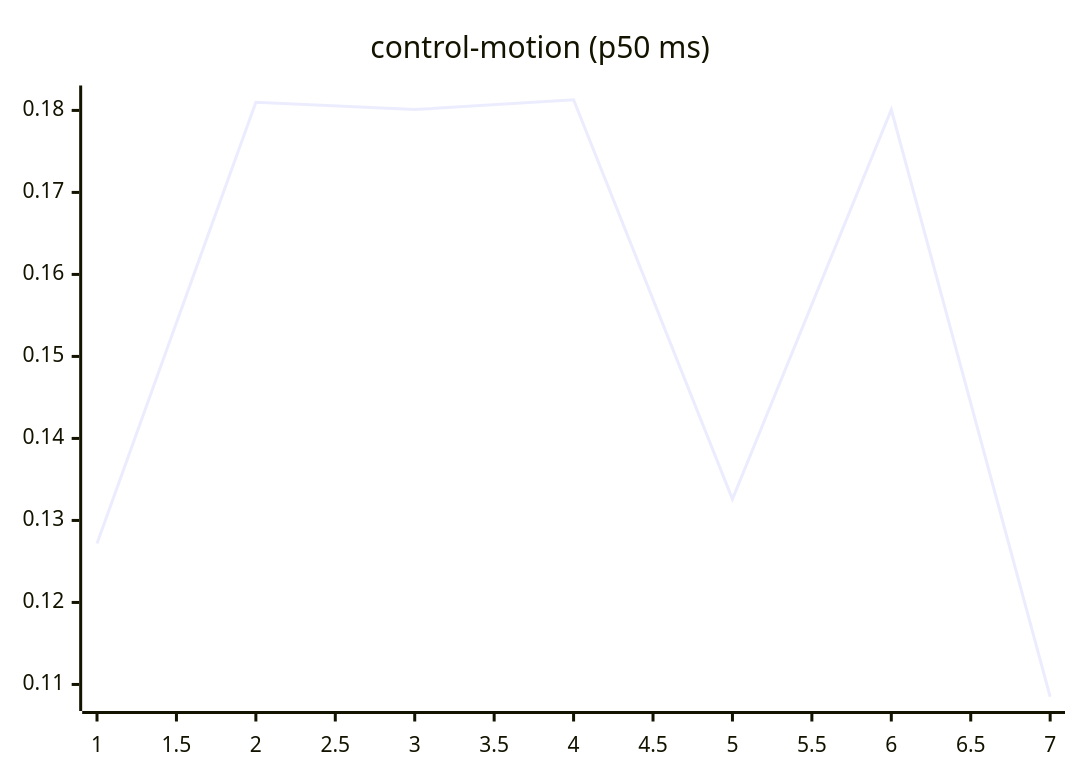
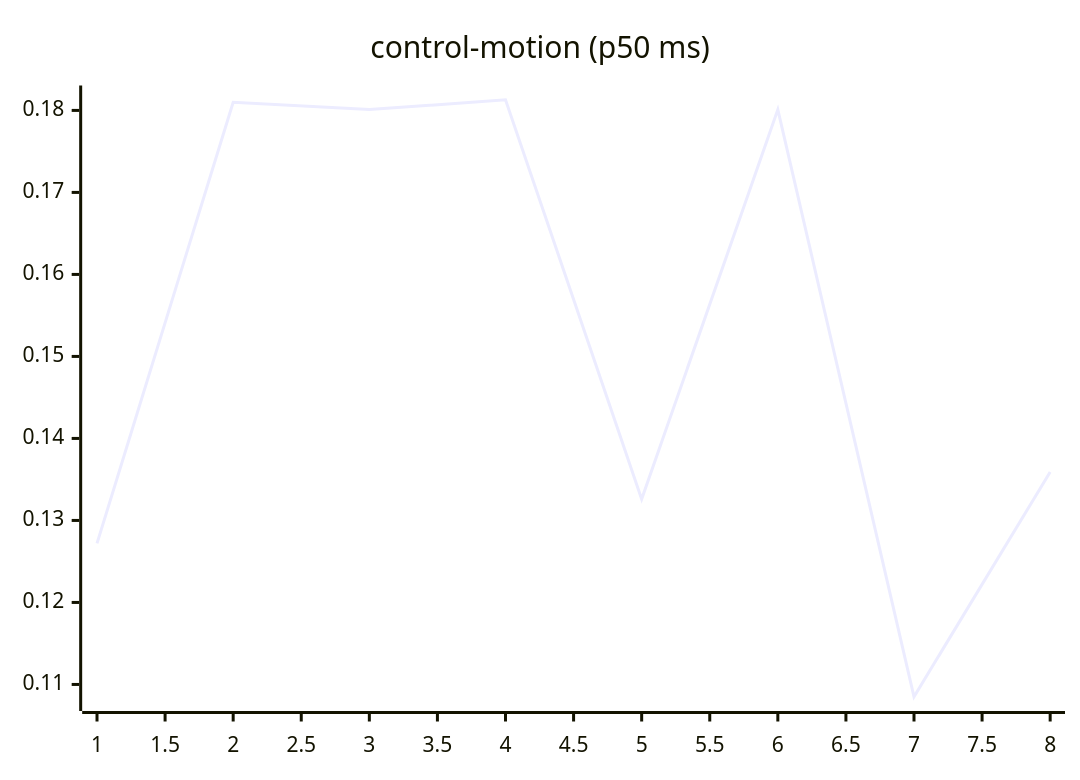
The seventh of 27 diagrams in README.md (josha/Facet), drawn with Mermaid before and after one commit. The commit also changed other lines of this file and 2 other files, not shown here.

````diff
--- a/README.md
+++ b/README.md
@@ -105,6 +105,6 @@
 ```mermaid
 xychart-beta
     title "control-motion (p50 ms)"
-    x-axis 1 --> 7
-    line [0.1272, 0.1810, 0.1801, 0.1813, 0.1326, 0.1801, 0.1085]
+    x-axis 1 --> 8
+    line [0.1272, 0.1810, 0.1801, 0.1813, 0.1326, 0.1801, 0.1085, 0.1359]
 ```
````
